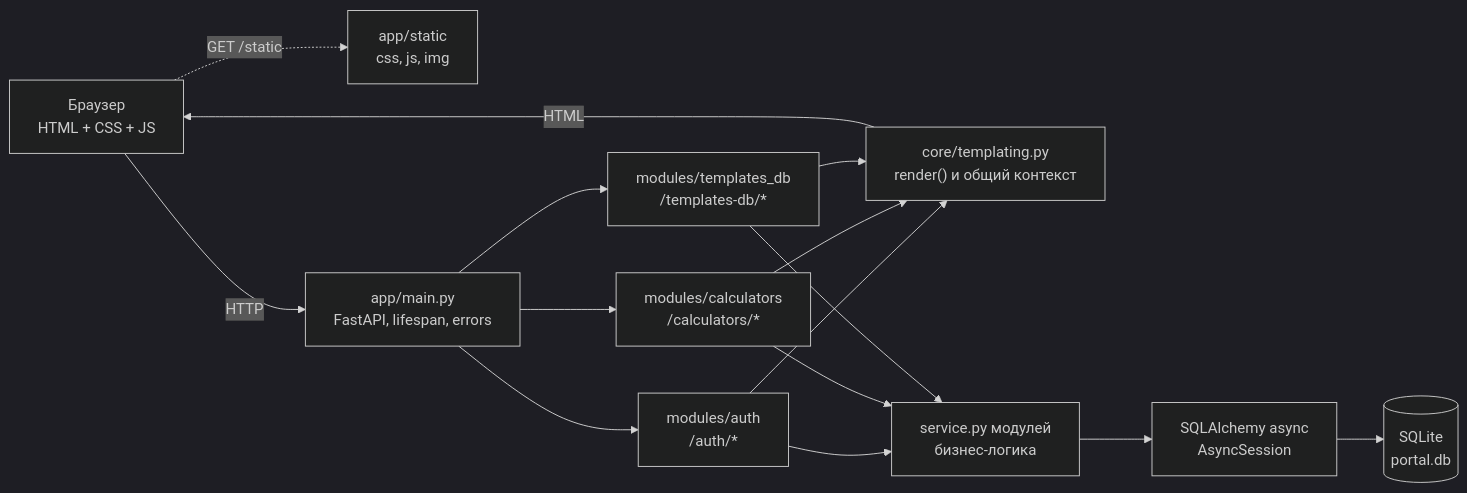
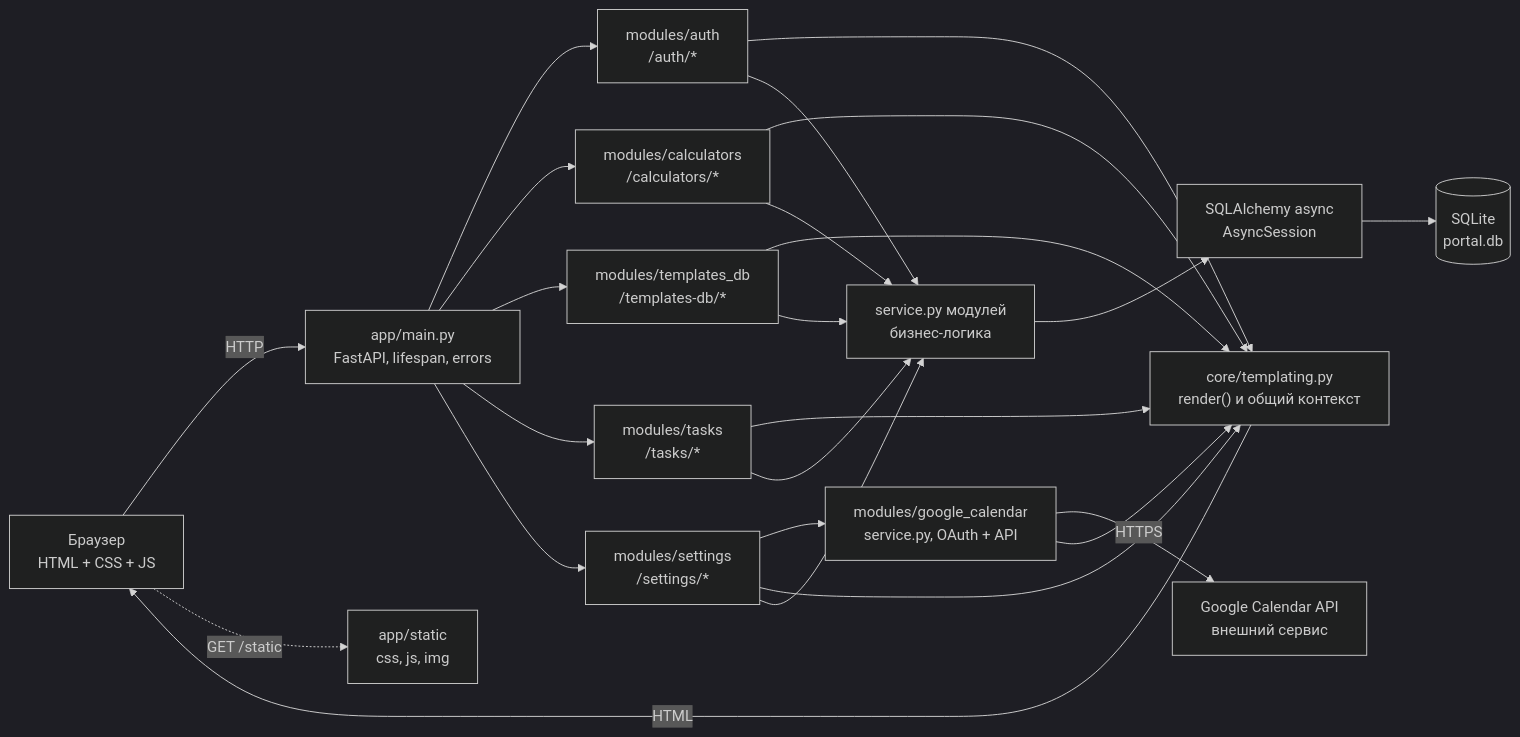
One commit to serginyakow-rgb/Portal changed the first of 2 diagrams in PROJECT_MAP.md. Above: the diagram before and after it, drawn with Mermaid (dark theme). The commit also changed other lines of this file and 2 other files, not shown here.

Commit message:
PROJECT_MAP и memory-bank: Google Календарь и публикация на GitHub

````diff
--- a/PROJECT_MAP.md
+++ b/PROJECT_MAP.md
@@ -30,28 +31,41 @@
 ```mermaid
 flowchart LR
     Browser["Браузер<br/>HTML + CSS + JS"]
     Static["app/static<br/>css, js, img"]
     Main["app/main.py<br/>FastAPI, lifespan, errors"]
     Render["core/templating.py<br/>render() и общий контекст"]
     Auth["modules/auth<br/>/auth/*"]
     Calc["modules/calculators<br/>/calculators/*"]
     TDB["modules/templates_db<br/>/templates-db/*"]
+    Tasks["modules/tasks<br/>/tasks/*"]
+    Settings["modules/settings<br/>/settings/*"]
+    GCal["modules/google_calendar<br/>service.py, OAuth + API"]
+    Google["Google Calendar API<br/>внешний сервис"]
     Services["service.py модулей<br/>бизнес-логика"]
     ORM["SQLAlchemy async<br/>AsyncSession"]
     DB[("SQLite<br/>portal.db")]
 
     Browser -->|HTTP| Main
     Browser -.->|GET /static| Static
     Main --> Auth
     Main --> Calc
     Main --> TDB
+    Main --> Tasks
+    Main --> Settings
+    Settings --> GCal
+    GCal -->|HTTPS| Google
     Auth --> Render
     Calc --> Render
     TDB --> Render
+    Tasks --> Render
+    Settings --> Render
+    GCal --> Render
     Render -->|HTML| Browser
     Auth --> Services
     Calc --> Services
     TDB --> Services
+    Tasks --> Services
+    Settings --> Services
     Services --> ORM
     ORM --> DB
 ```
````
